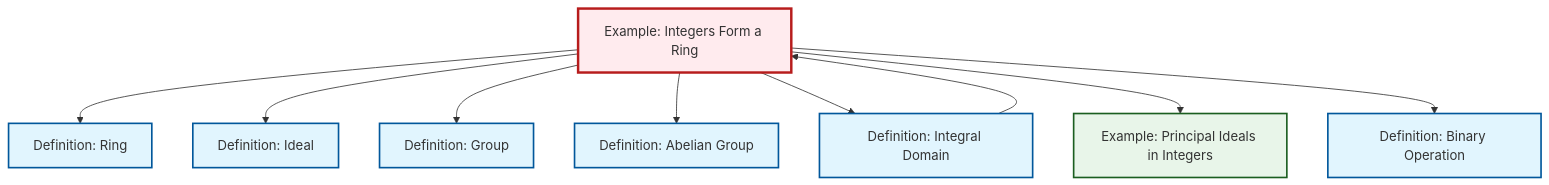
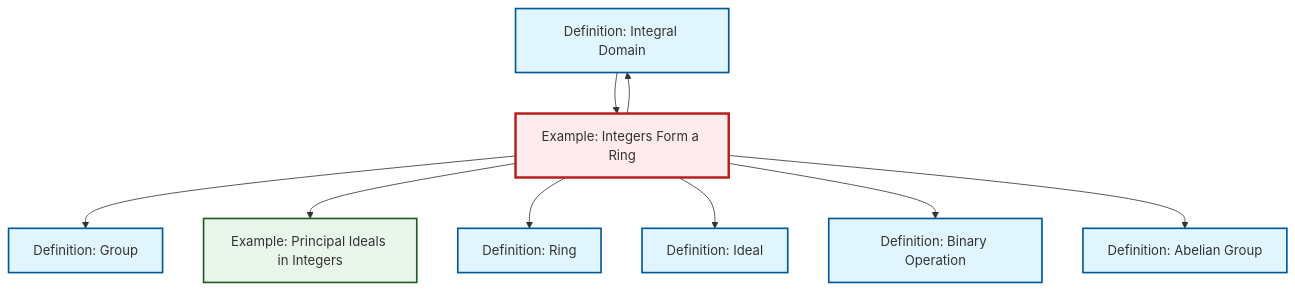
One commit to RK0429/ModernMath changed the diagram in content/en/algebra/ex-integers-ring.qmd. Above: the diagram before and after it, drawn with Mermaid. The commit also changed other lines of this file and 672 other files, not shown here.

````diff
--- a/content/en/algebra/ex-integers-ring.qmd
+++ b/content/en/algebra/ex-integers-ring.qmd
@@ -65,33 +65,33 @@
 ```{mermaid}
 %%| fig-cap: "Local dependency graph"
 graph TD
     classDef definition fill:#e1f5fe,stroke:#01579b,stroke-width:2px
     classDef theorem fill:#f3e5f5,stroke:#4a148c,stroke-width:2px
     classDef axiom fill:#fff3e0,stroke:#e65100,stroke-width:2px
     classDef example fill:#e8f5e9,stroke:#1b5e20,stroke-width:2px
     classDef current fill:#ffebee,stroke:#b71c1c,stroke-width:3px
-    ex-integers-ring["Example: Integers Form a Ring"]:::example
-    def-ring["Definition: Ring"]:::definition
     def-binary-operation["Definition: Binary Operation"]:::definition
-    ex-principal-ideal["Example: Principal Ideals in Integers"]:::example
-    def-abelian-group["Definition: Abelian Group"]:::definition
     def-integral-domain["Definition: Integral Domain"]:::definition
     def-ideal["Definition: Ideal"]:::definition
+    def-ring["Definition: Ring"]:::definition
     def-group["Definition: Group"]:::definition
+    ex-principal-ideal["Example: Principal Ideals in Integers"]:::example
+    ex-integers-ring["Example: Integers Form a Ring"]:::example
+    def-abelian-group["Definition: Abelian Group"]:::definition
+    ex-integers-ring --> def-group
+    ex-integers-ring --> ex-principal-ideal
     ex-integers-ring --> def-ring
+    def-integral-domain --> ex-integers-ring
+    ex-integers-ring --> def-integral-domain
     ex-integers-ring --> def-ideal
-    ex-integers-ring --> def-group
+    ex-integers-ring --> def-binary-operation
     ex-integers-ring --> def-abelian-group
-    ex-integers-ring --> def-integral-domain
-    ex-integers-ring --> ex-principal-ideal
-    ex-integers-ring --> def-binary-operation
-    def-integral-domain --> ex-integers-ring
     class ex-integers-ring current
+    click def-binary-operation "def-binary-operation.html" "Go to Binary Operation definition"
+    click def-integral-domain "def-integral-domain.html" "Go to Integral Domain definition"
+    click def-ideal "def-ideal.html" "Go to Ideal definition"
     click def-ring "def-ring.html" "Go to Ring definition"
-    click def-binary-operation "def-binary-operation.html" "Go to Binary Operation definition"
+    click def-group "def-group.html" "Go to Group definition"
     click ex-principal-ideal "ex-principal-ideal.html" "Go to Principal Ideals in Integers example"
     click def-abelian-group "def-abelian-group.html" "Go to Abelian Group definition"
-    click def-integral-domain "def-integral-domain.html" "Go to Integral Domain definition"
-    click def-ideal "def-ideal.html" "Go to Ideal definition"
-    click def-group "def-group.html" "Go to Group definition"
 ```
````
